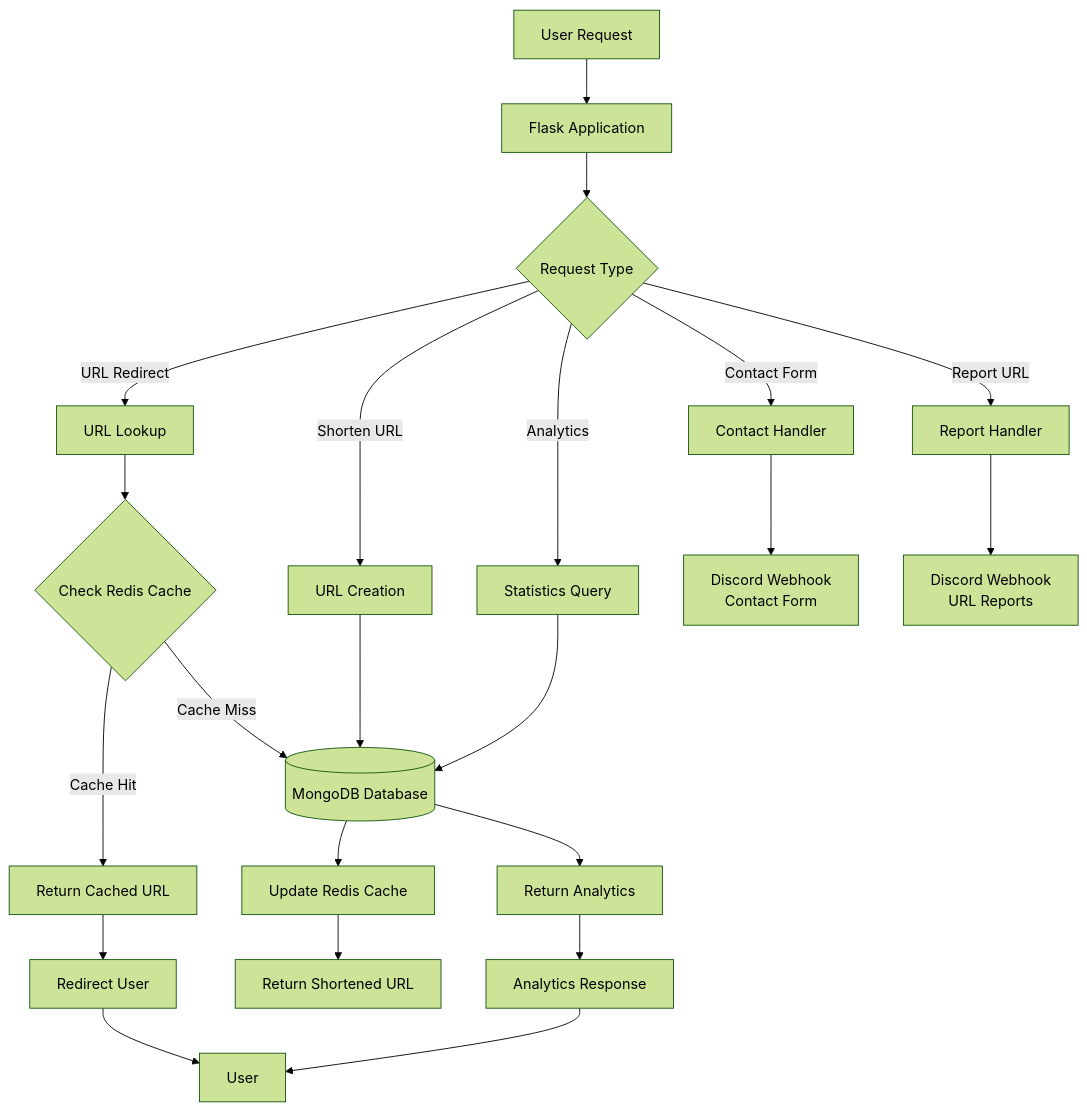
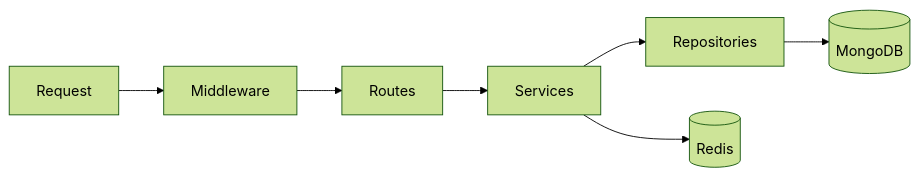
One commit to spoo-me/docs changed the diagram in contributing.mdx. Above: the diagram before and after it, drawn with Mermaid (forest theme). The commit also changed other lines of this file and 6 other files, not shown here.

````diff
--- a/contributing.mdx
+++ b/contributing.mdx
@@ -18,29 +38,9 @@
 ```mermaid
-graph TD
-    A[User Request] --> B[Flask Application]
-    B --> C{Request Type}
-    
-    C -->|URL Redirect| D[URL Lookup]
-    C -->|Shorten URL| E[URL Creation]
-    C -->|Analytics| F[Statistics Query]
-    C -->|Contact Form| G[Contact Handler]
-    C -->|Report URL| H[Report Handler]
-    
-    D --> I{Check Redis Cache}
-    I -->|Cache Hit| J[Return Cached URL]
-    I -->|Cache Miss| K[(MongoDB Database)]
-    K --> L[Update Redis Cache]
-    L --> M[Return Shortened URL]
-    
-    E --> K
-    F --> K
-    K --> N[Return Analytics]
-    
-    G --> O[Discord Webhook<br/>Contact Form]
-    H --> P[Discord Webhook<br/>URL Reports]
-    
-    J --> Q[Redirect User]
-    N --> R[Analytics Response]
-    Q --> S[User]
-    R --> S
+graph LR
+    A[Request] --> B[Middleware]
+    B --> C[Routes]
+    C --> D[Services]
+    D --> E[Repositories]
+    E --> F[(MongoDB)]
+    D --> G[(Redis)]
 ```
````
